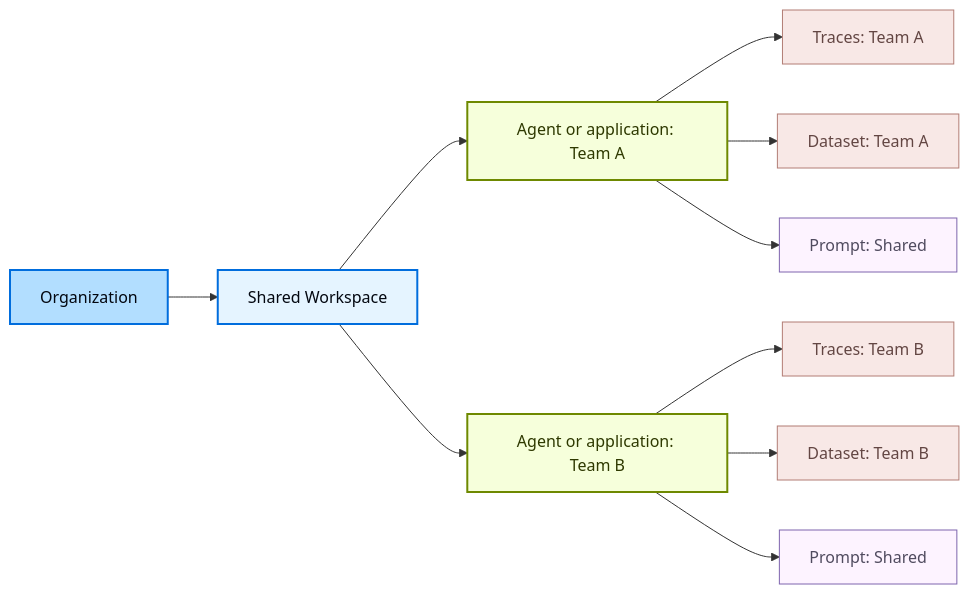
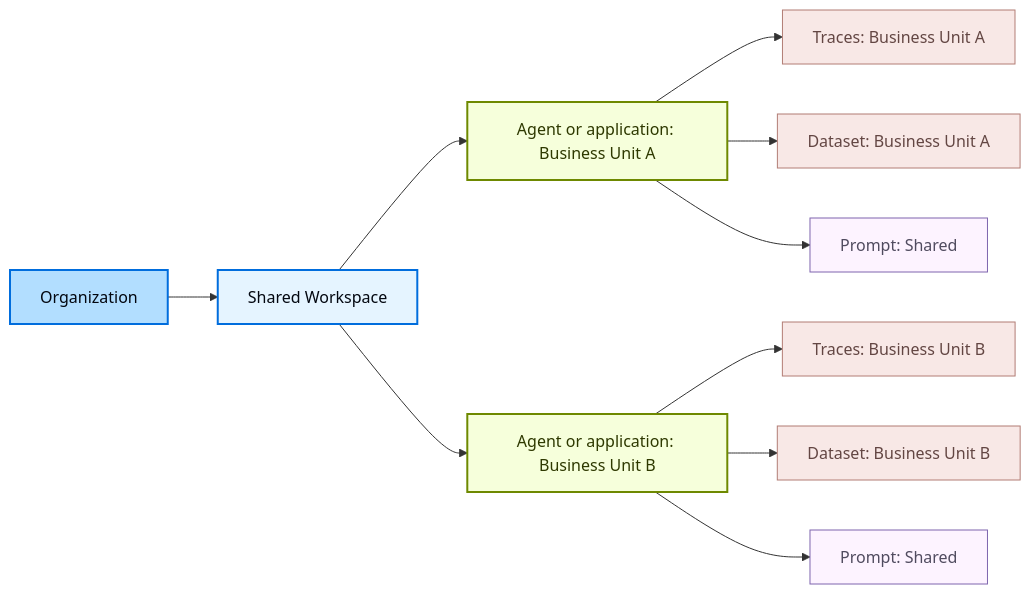
Before and after one commit to Eyre921/ofiicial-developer-docs: the second of 2 diagrams in agent-frameworks/langchain/pages/langsmith/workload-isolation.md, drawn with Mermaid. The commit also changed other lines of this file and 976 other files, not shown here.

````diff
--- a/agent-frameworks/langchain/pages/langsmith/workload-isolation.md
+++ b/agent-frameworks/langchain/pages/langsmith/workload-isolation.md
@@ -82,42 +92,42 @@
 ```mermaid actions={false} theme={"theme":{"light":"catppuccin-latte","dark":"catppuccin-mocha"}}
 graph LR
     Org[Organization]
 
     WS[Shared Workspace]
 
-    AgentA[Agent or application: Team A]
-    AgentB[Agent or application: Team B]
+    AgentA[Agent or application: Business Unit A]
+    AgentB[Agent or application: Business Unit B]
 
-    TracesA[Traces: Team A]
-    DatasetA[Dataset: Team A]
+    TracesA[Traces: Business Unit A]
+    DatasetA[Dataset: Business Unit A]
     PromptA[Prompt: Shared]
 
-    TracesB[Traces: Team B]
-    DatasetB[Dataset: Team B]
+    TracesB[Traces: Business Unit B]
+    DatasetB[Dataset: Business Unit B]
     PromptB[Prompt: Shared]
 
     Org --> WS
 
     WS --> AgentA
     WS --> AgentB
 
     AgentA --> TracesA
     AgentA --> DatasetA
     AgentA --> PromptA
 
     AgentB --> TracesB
     AgentB --> DatasetB
     AgentB --> PromptB
 
     classDef orgStyle fill:#B2DEFF,stroke:#006DDD,stroke-width:2px,color:#030710
     classDef wsStyle fill:#E5F4FF,stroke:#006DDD,stroke-width:2px,color:#030710
     classDef appStyle fill:#F6FFDB,stroke:#6E8900,stroke-width:2px,color:#2E3900
     classDef restrictedStyle fill:#F8E8E6,stroke:#B27D75,stroke-width:1px,color:#634643
     classDef sharedStyle fill:#FDF3FF,stroke:#7E65AE,stroke-width:1px,color:#504B5F
 
     class Org orgStyle
     class WS wsStyle
     class AgentA,AgentB appStyle
     class TracesA,DatasetA,TracesB,DatasetB restrictedStyle
     class PromptA,PromptB sharedStyle
 ```
````
